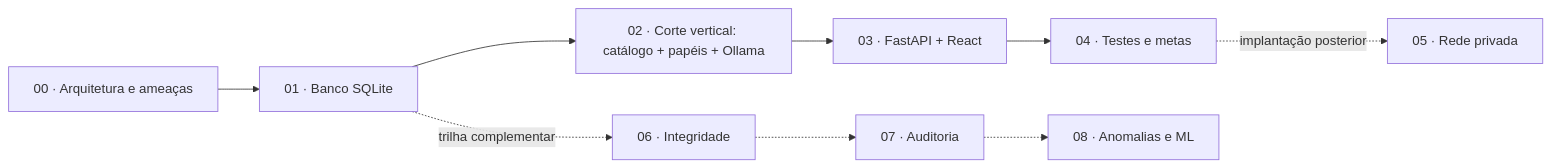
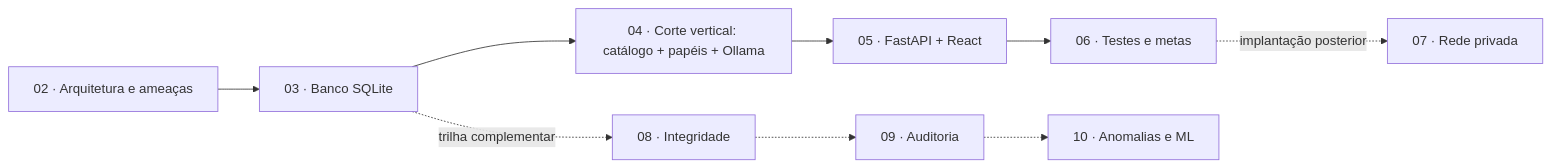
Before and after one commit to lianeheidemann/ai-privileged-access: the diagram in README.md, drawn with Mermaid. The commit also changed other lines of this file and 19 other files, not shown here.

````diff
--- a/README.md
+++ b/README.md
@@ -198,9 +198,9 @@
 ```mermaid
 flowchart LR
-    A["00 · Arquitetura e ameaças"] --> B["01 · Banco SQLite"]
-    B --> C["02 · Corte vertical: catálogo + papéis + Ollama"]
-    C --> D["03 · FastAPI + React"]
-    D --> E["04 · Testes e metas"]
-    E -. "implantação posterior" .-> F["05 · Rede privada"]
-    B -. "trilha complementar" .-> G["06 · Integridade"] -.-> H["07 · Auditoria"] -.-> I["08 · Anomalias e ML"]
+    A["02 · Arquitetura e ameaças"] --> B["03 · Banco SQLite"]
+    B --> C["04 · Corte vertical: catálogo + papéis + Ollama"]
+    C --> D["05 · FastAPI + React"]
+    D --> E["06 · Testes e metas"]
+    E -. "implantação posterior" .-> F["07 · Rede privada"]
+    B -. "trilha complementar" .-> G["08 · Integridade"] -.-> H["09 · Auditoria"] -.-> I["10 · Anomalias e ML"]
 ```
````
